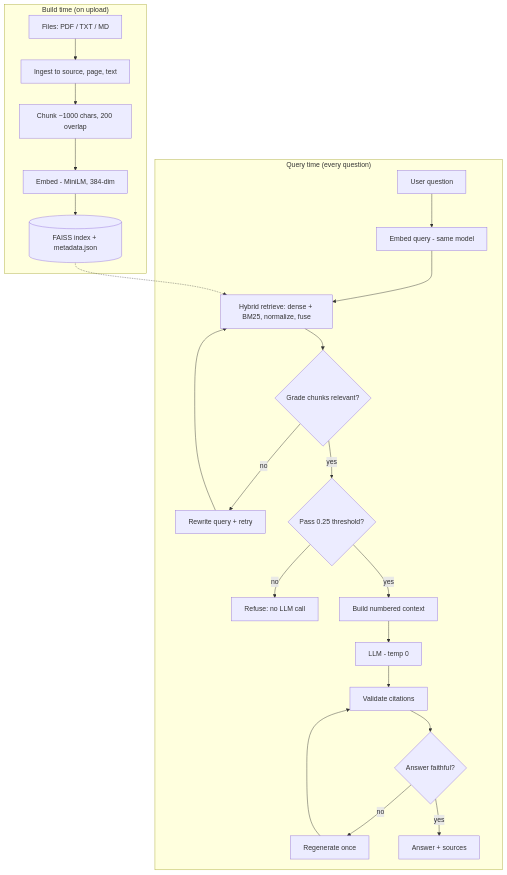
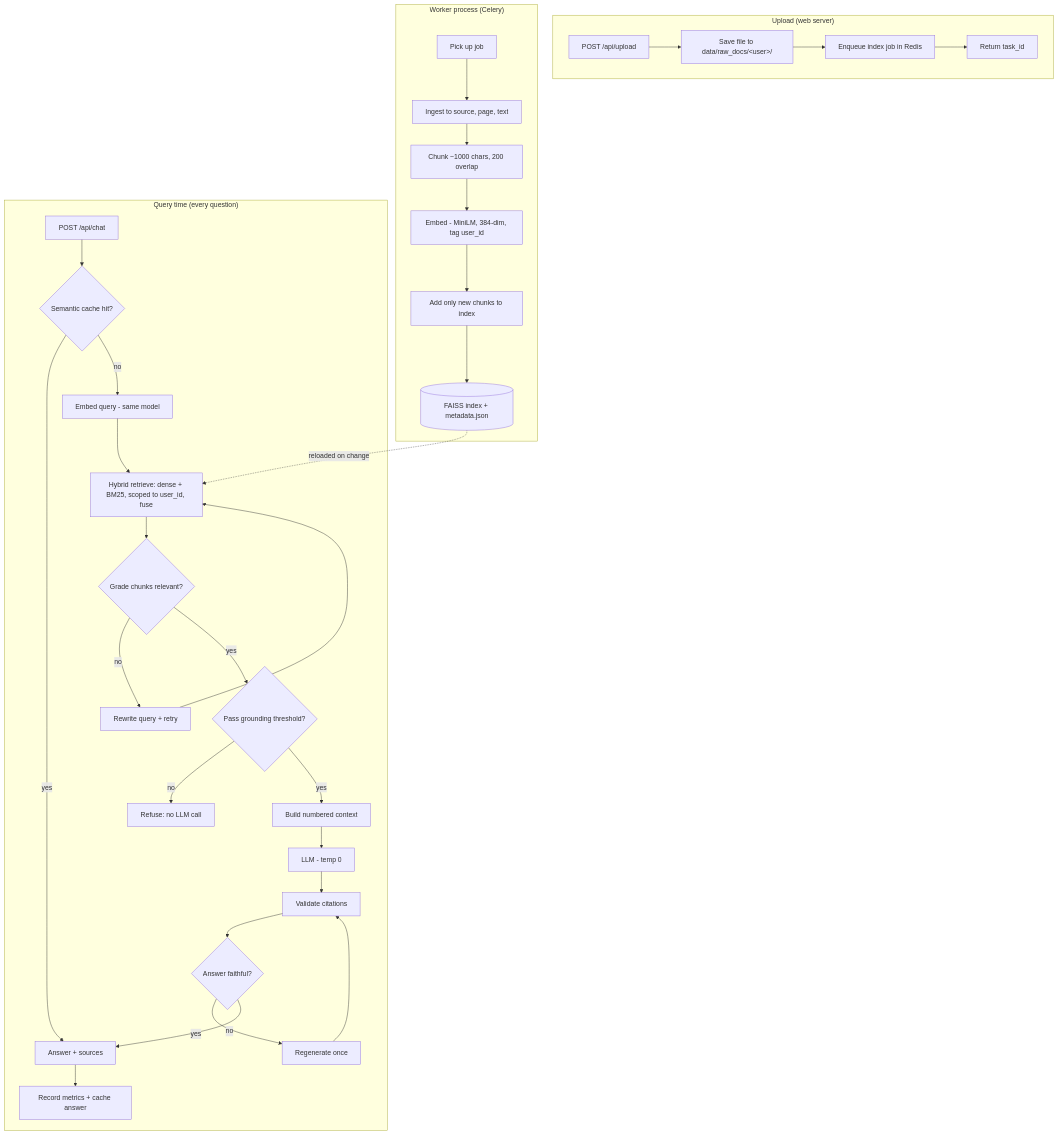
The diagram in README.md (sarthak742/brainvault), drawn with Mermaid before and after one commit. The commit also changed other lines of this file, not shown here.

Commit message:
docs: refresh README for async queue, incremental indexing, observability, cache, multi-tenancy

````diff
--- a/README.md
+++ b/README.md
@@ -22,25 +27,33 @@
 ```mermaid
 flowchart TD
-    subgraph BUILD["Build time (on upload)"]
-        A[Files: PDF / TXT / MD] --> B[Ingest to source, page, text]
-        B --> C[Chunk ~1000 chars, 200 overlap]
-        C --> D[Embed - MiniLM, 384-dim]
-        D --> E[(FAISS index + metadata.json)]
+    subgraph UPLOAD["Upload (web server)"]
+        U[POST /api/upload] --> SAVE[Save file to data/raw_docs/&lt;user&gt;/]
+        SAVE --> ENQ[Enqueue index job in Redis] --> TID[Return task_id]
+    end
+
+    subgraph WORKER["Worker process (Celery)"]
+        JOB[Pick up job] --> ING[Ingest to source, page, text]
+        ING --> CHK[Chunk ~1000 chars, 200 overlap]
+        CHK --> EMB[Embed - MiniLM, 384-dim, tag user_id]
+        EMB --> ADD[Add only new chunks to index] --> IDX[(FAISS index + metadata.json)]
     end
 
     subgraph QUERY["Query time (every question)"]
-        Q[User question] --> R[Embed query - same model]
-        R --> S[Hybrid retrieve: dense + BM25, normalize, fuse]
+        Q[POST /api/chat] --> CACHE{Semantic cache hit?}
+        CACHE -- yes --> OUT[Answer + sources]
+        CACHE -- no --> R[Embed query - same model]
+        R --> S[Hybrid retrieve: dense + BM25, scoped to user_id, fuse]
         S --> G{Grade chunks relevant?}
         G -- no --> RW[Rewrite query + retry] --> S
-        G -- yes --> T{Pass 0.25 threshold?}
+        G -- yes --> T{Pass grounding threshold?}
         T -- no --> X[Refuse: no LLM call]
         T -- yes --> CTX[Build numbered context] --> LLM[LLM - temp 0]
         LLM --> V[Validate citations]
         V --> CR{Answer faithful?}
         CR -- no --> RG[Regenerate once] --> V
-        CR -- yes --> OUT[Answer + sources]
+        CR -- yes --> OUT
+        OUT --> MET[Record metrics + cache answer]
     end
 
-    E -.-> S
+    IDX -.reloaded on change.-> S
 ```
````
